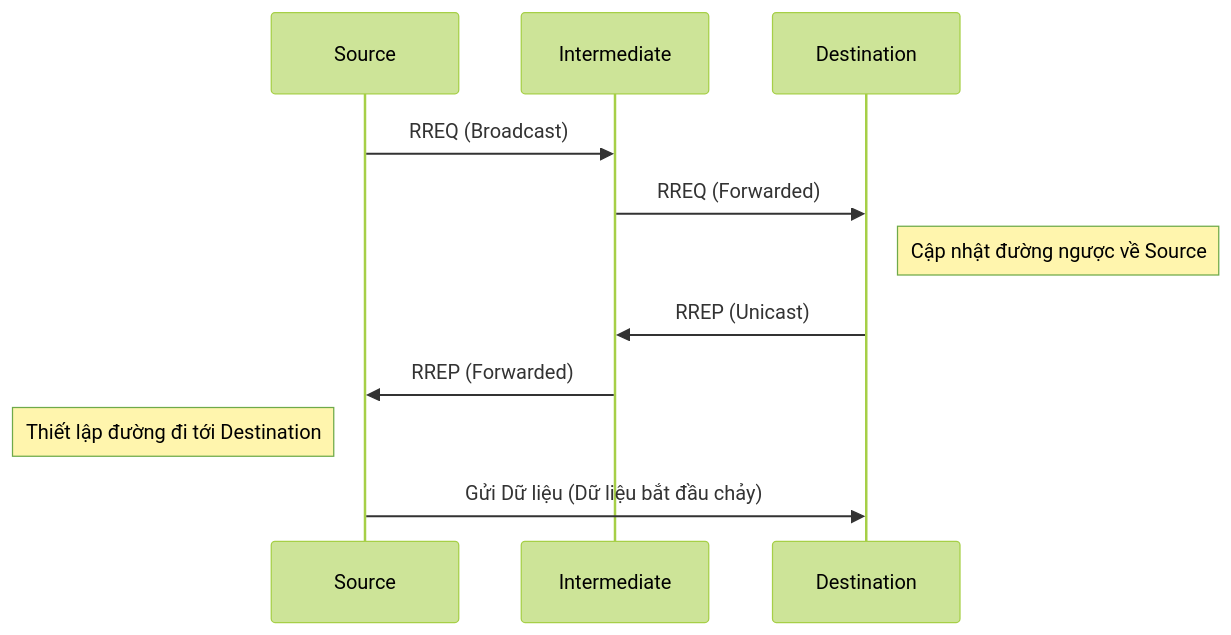
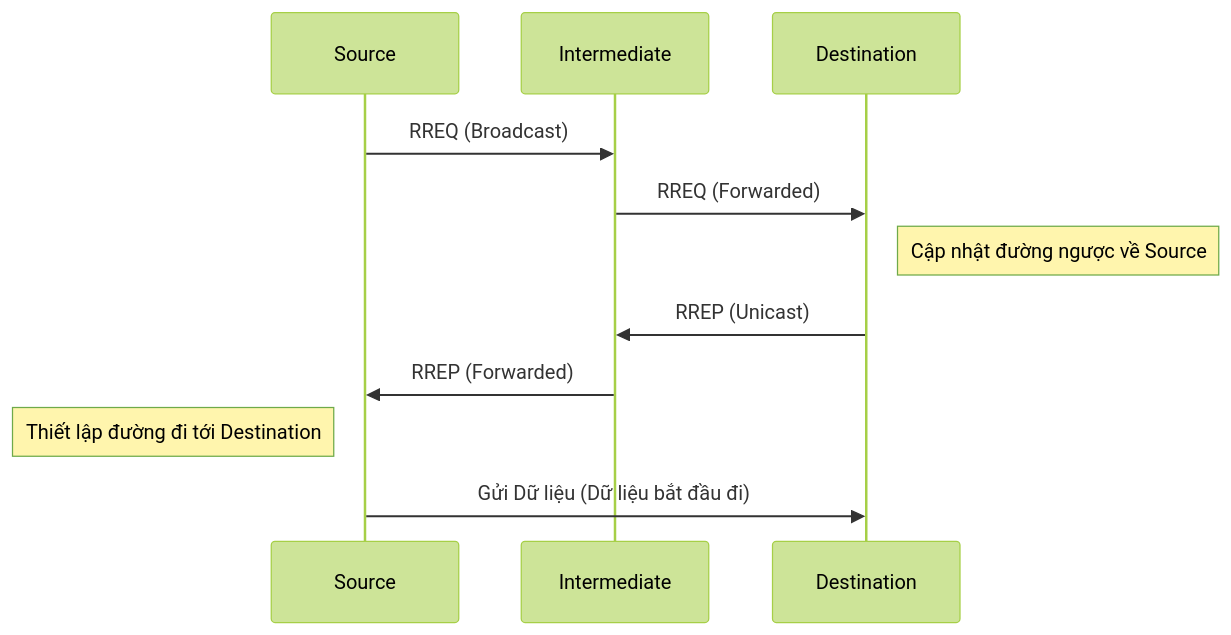
The second of 2 diagrams in docs/Phân tích Repo mẫu.md (NhutQuoc2910/Embedded_Systems-Wireless_Network), drawn with Mermaid (forest theme) before and after one commit.

Commit message:
Update file Phân tích

````diff
--- a/docs/Phân tích Repo mẫu.md
+++ b/docs/Phân tích Repo mẫu.md
@@ -71,14 +71,14 @@
 ```mermaid
 sequenceDiagram
     participant Source
     participant Intermediate
     participant Destination
 
     Source->>Intermediate: RREQ (Broadcast)
     Intermediate->>Destination: RREQ (Forwarded)
     Note right of Destination: Cập nhật đường ngược về Source
     Destination->>Intermediate: RREP (Unicast)
     Intermediate->>Source: RREP (Forwarded)
     Note left of Source: Thiết lập đường đi tới Destination
-    Source->>Destination: Gửi Dữ liệu (Dữ liệu bắt đầu chảy)
+    Source->>Destination: Gửi Dữ liệu (Dữ liệu bắt đầu đi)
 ```
````
